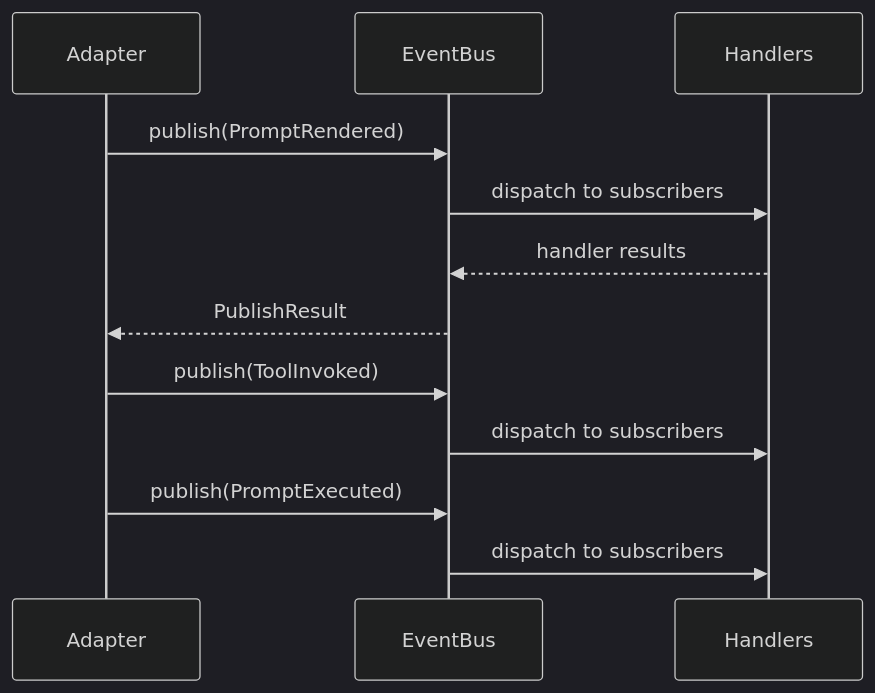
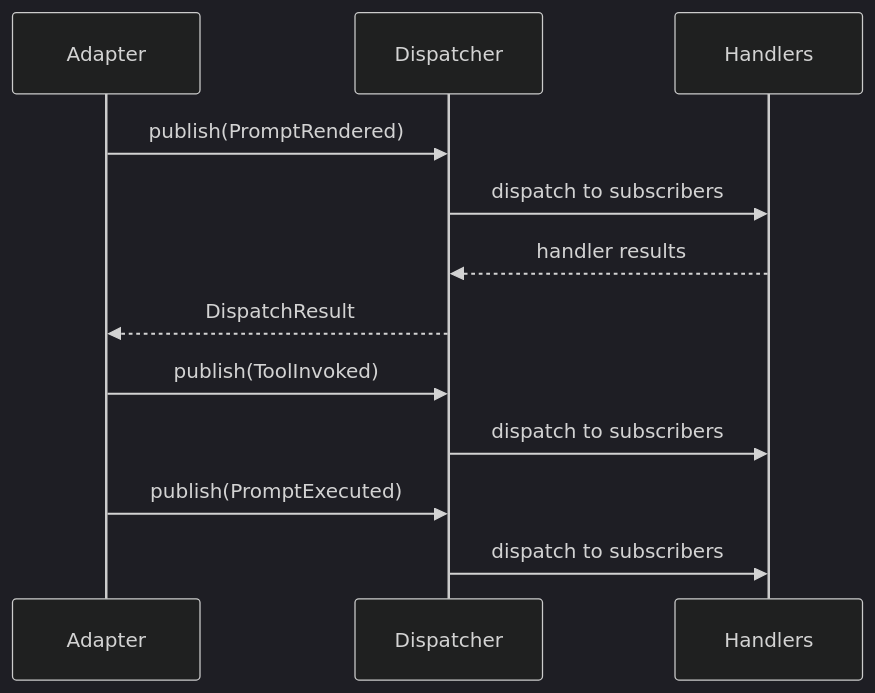
The second of 2 diagrams in specs/SESSIONS.md (weakincentives/weakincentives), drawn with Mermaid (dark theme) before and after one commit. The commit also changed other lines of this file and 80 other files, not shown here.

First line of the commit message:
Rename EventBus to Dispatcher with dispatch() returning DispatchResult

````diff
--- a/specs/SESSIONS.md
+++ b/specs/SESSIONS.md
@@ -389,17 +389,17 @@
 ```mermaid
 sequenceDiagram
     participant A as Adapter
-    participant B as EventBus
+    participant B as Dispatcher
     participant H as Handlers
 
     A->>B: publish(PromptRendered)
     B->>H: dispatch to subscribers
     H-->>B: handler results
-    B-->>A: PublishResult
+    B-->>A: DispatchResult
 
     A->>B: publish(ToolInvoked)
     B->>H: dispatch to subscribers
 
     A->>B: publish(PromptExecuted)
     B->>H: dispatch to subscribers
 ```
````
